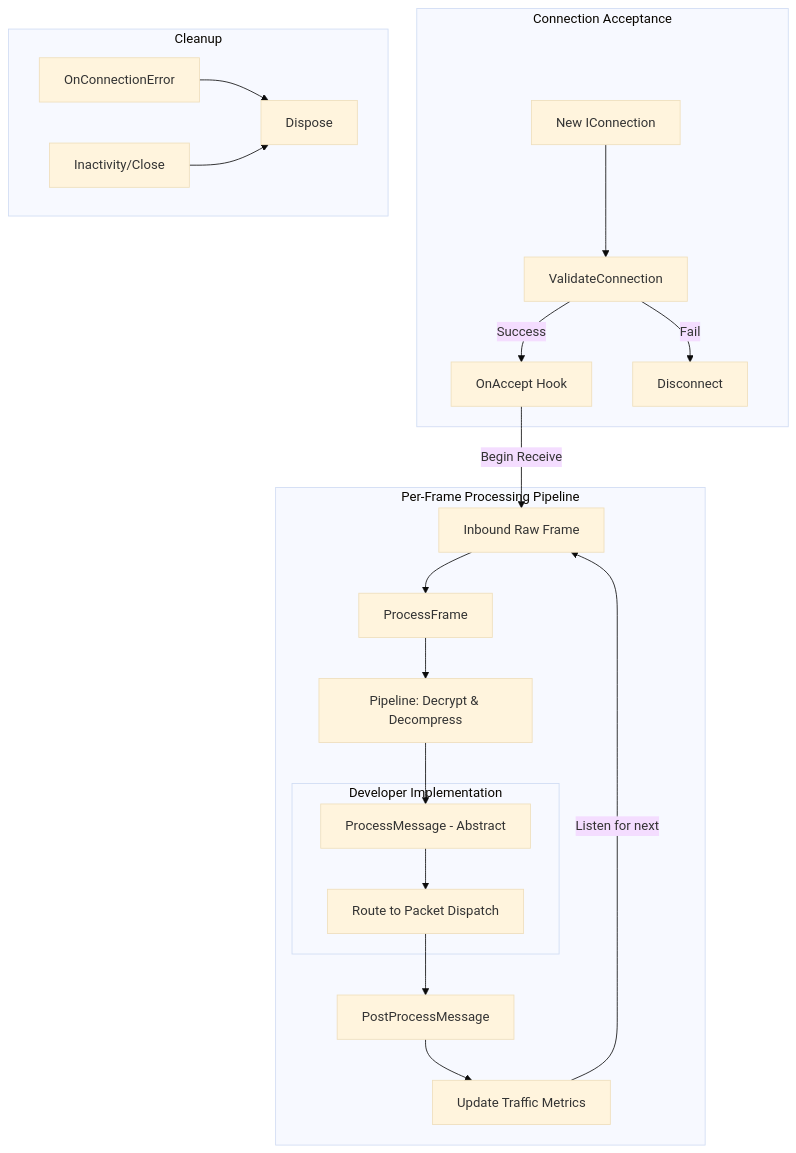
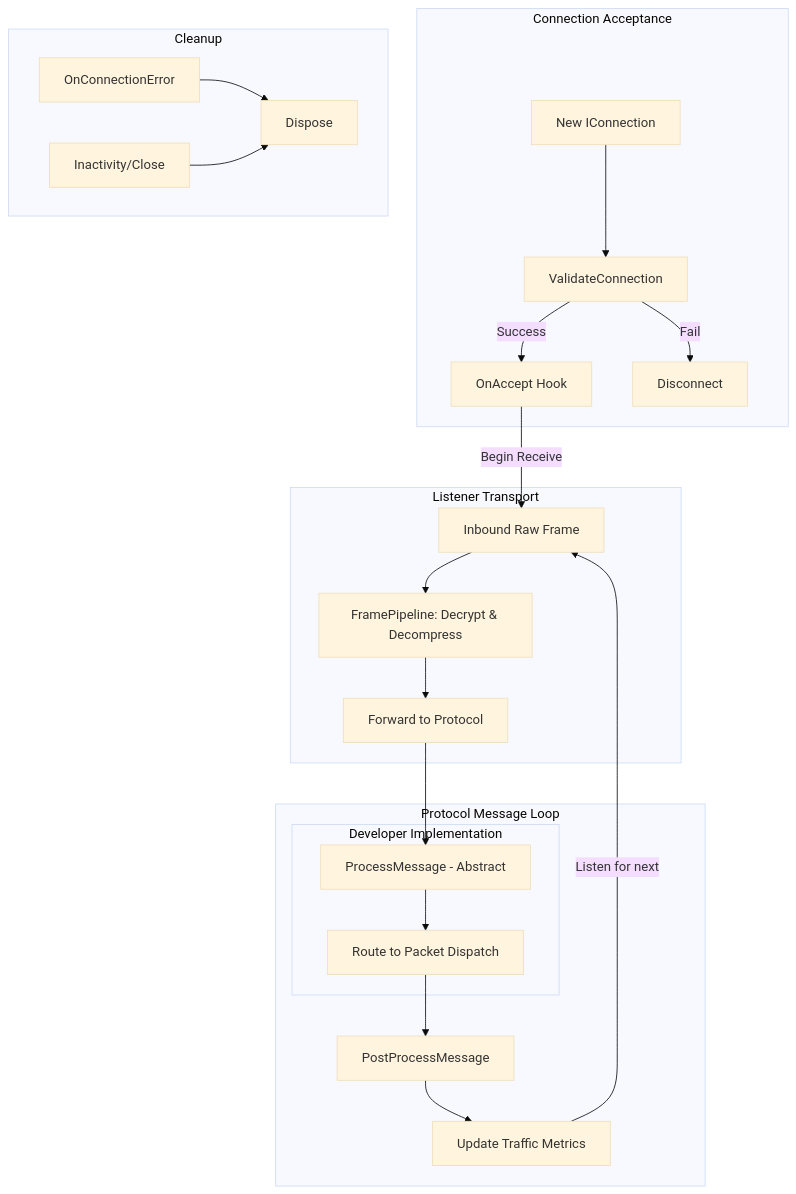
Before and after one commit to ppn-systems/Nalix: the diagram in docs/api/network/protocol.md, drawn with Mermaid (base theme). The commit also changed other lines of this file and 179 other files, not shown here.

First line of the commit message:
refactor: IProtocol and FramePipeline (#86)

````diff
--- a/docs/api/network/protocol.md
+++ b/docs/api/network/protocol.md
@@ -30,29 +19,32 @@
 ```mermaid
 flowchart TD
     subgraph AcceptPhase[Connection Acceptance]
         NewConn[New IConnection] --> Validate[ValidateConnection]
         Validate -->|Success| OnAccept[OnAccept Hook]
         Validate -->|Fail| Drop[Disconnect]
     end
 
-    subgraph ProcessingLoop[Per-Frame Processing Pipeline]
-        Raw[Inbound Raw Frame] --> ProcFrame[ProcessFrame]
-        ProcFrame --> Decrypt[Pipeline: Decrypt & Decompress]
-        Decrypt --> ProcMsg[ProcessMessage - Abstract]
+    subgraph ListenLayer[Listener Transport]
+        Raw[Inbound Raw Frame] --> Pipeline[FramePipeline: Decrypt & Decompress]
+        Pipeline --> ProcMsgGate[Forward to Protocol]
+    end
+
+    subgraph ProcessingLoop[Protocol Message Loop]
+        ProcMsgGate --> ProcMsg[ProcessMessage - Abstract]
         
         subgraph Impl[Developer Implementation]
             ProcMsg --> Route[Route to Packet Dispatch]
         end
         
         Route --> PostProc[PostProcessMessage]
         PostProc --> Metrics[Update Traffic Metrics]
     end
 
     OnAccept -->|Begin Receive| Raw
     Metrics -->|Listen for next| Raw
     
     subgraph Termination[Cleanup]
         Err[OnConnectionError] --> Cleanup[Dispose]
         MetricTrigger[Inactivity/Close] --> Cleanup
     end
 ```
````
